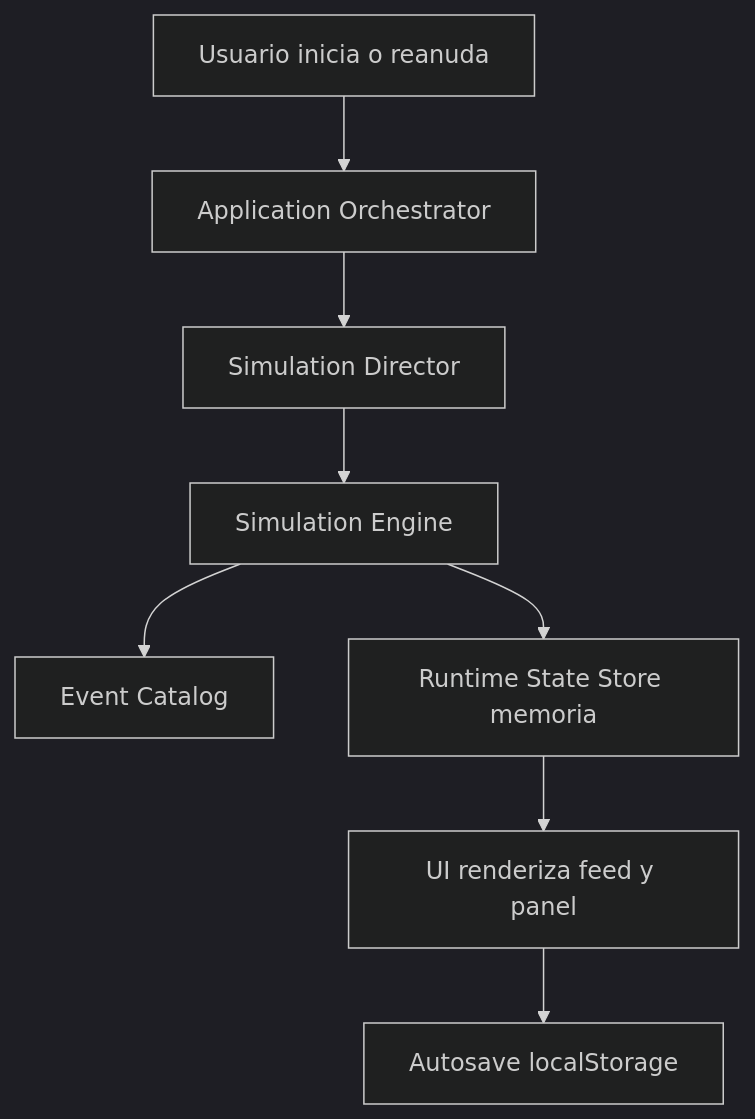
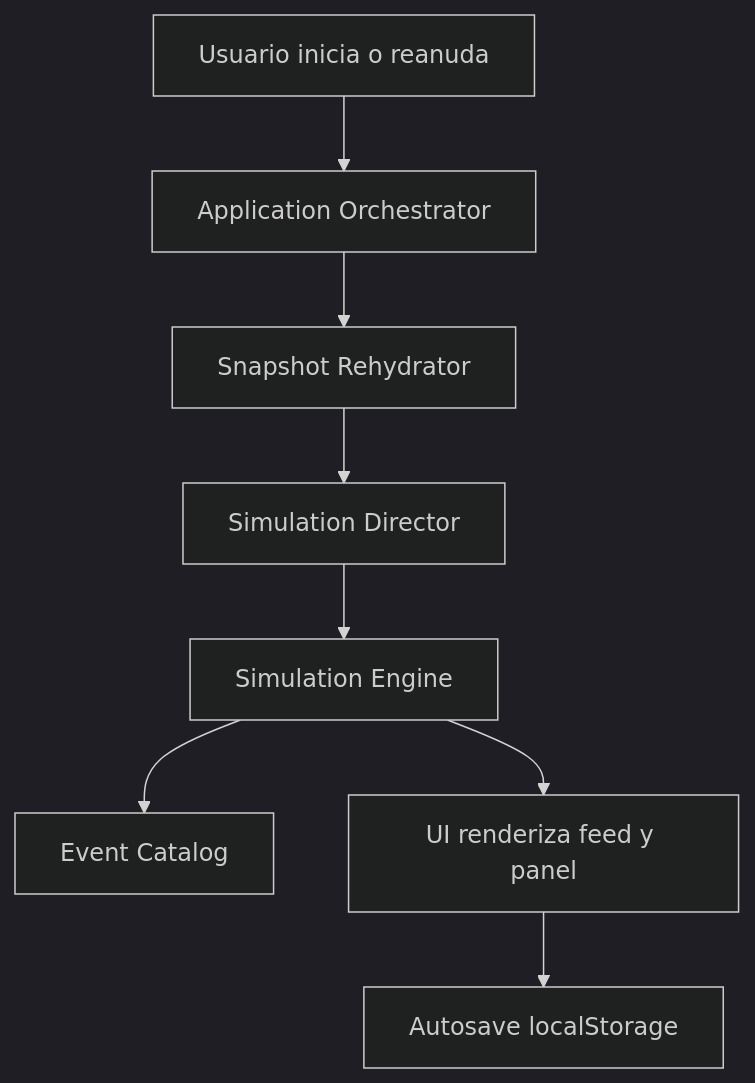
Before and after one commit to doreancl/hunger-games: the diagram in specs/L7-architecture.md, drawn with Mermaid (dark theme). The commit also changed other lines of this file and 13 other files, not shown here.

````diff
--- a/specs/L7-architecture.md
+++ b/specs/L7-architecture.md
@@ -16,10 +16,10 @@
 ```mermaid
 flowchart TD
   A[Usuario inicia o reanuda] --> B[Application Orchestrator]
-  B --> C[Simulation Director]
+  B --> R[Snapshot Rehydrator]
+  R --> C[Simulation Director]
   C --> D[Simulation Engine]
   D --> E[Event Catalog]
-  D --> F[Runtime State Store memoria]
-  F --> G[UI renderiza feed y panel]
+  D --> G[UI renderiza feed y panel]
   G --> H[Autosave localStorage]
 ```
````
